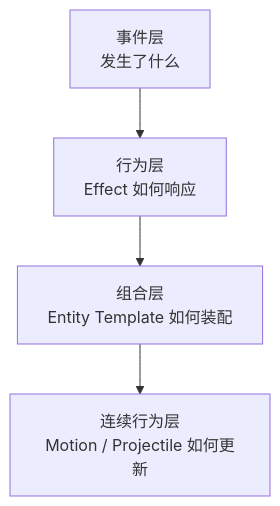
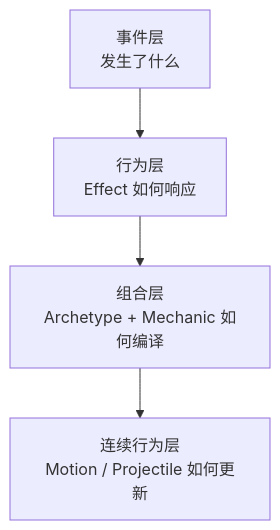
The first of 2 diagrams in wiki/01-overview/00-架构总览.md (Abgetrennter/open_pvz), drawn with Mermaid before and after one commit. The commit also changed other lines of this file and 12 other files, not shown here.

````diff
--- a/wiki/01-overview/00-架构总览.md
+++ b/wiki/01-overview/00-架构总览.md
@@ -39,6 +39,6 @@
 ```mermaid
 graph TD
     A["事件层<br/>发生了什么"] --> B["行为层<br/>Effect 如何响应"]
-    B --> C["组合层<br/>Entity Template 如何装配"]
+    B --> C["组合层<br/>Archetype + Mechanic 如何编译"]
     C --> D["连续行为层<br/>Motion / Projectile 如何更新"]
 ```
````
